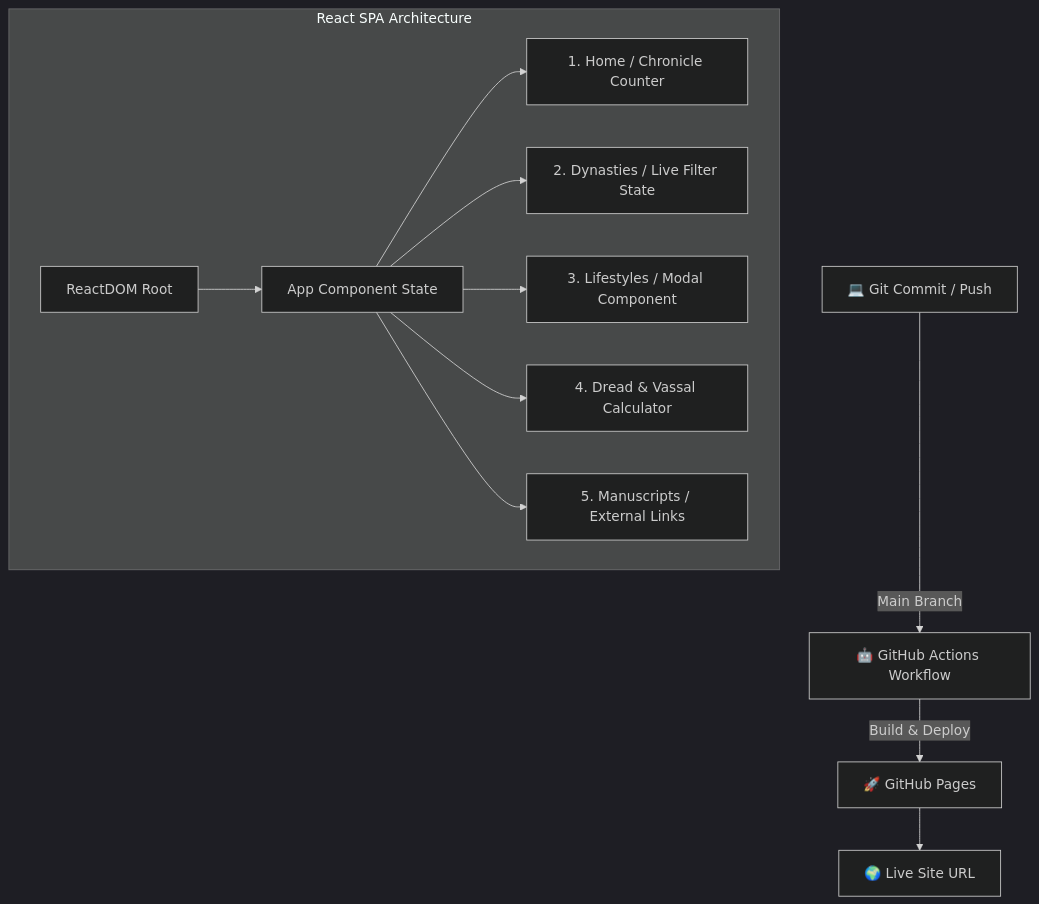
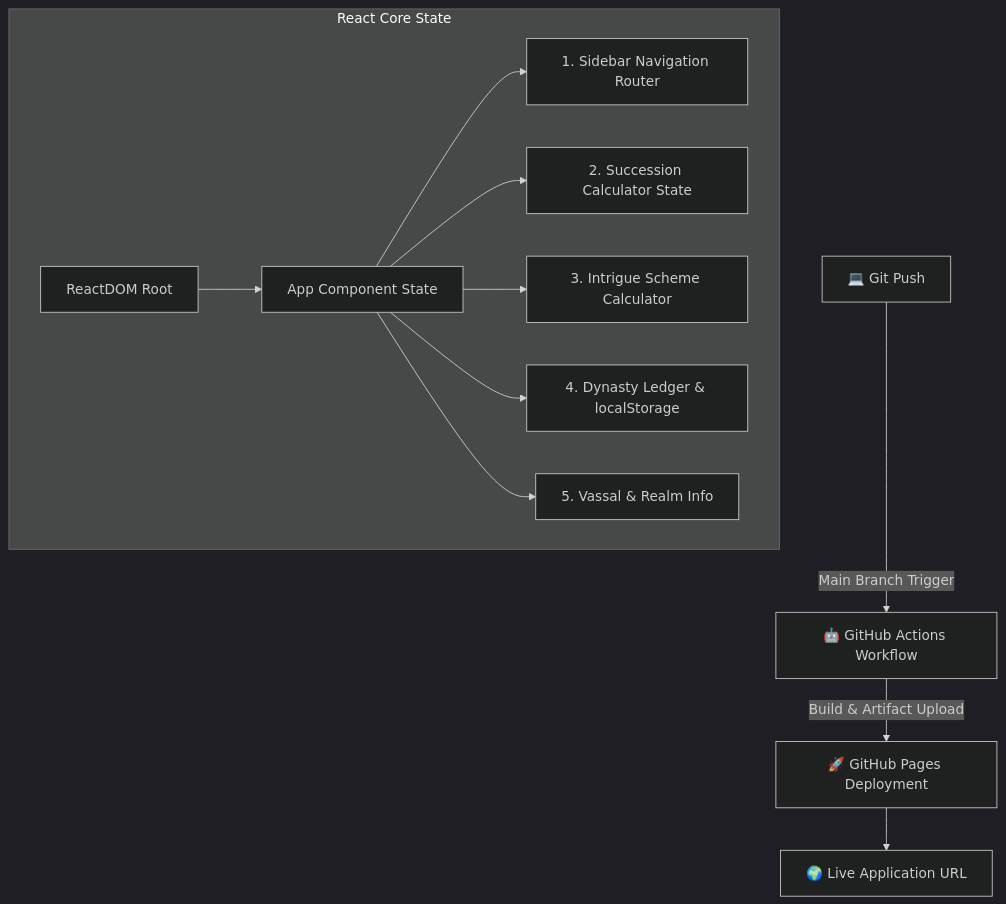
One commit to Belka9823/eu4-indie-JS- changed the diagram in README.md. Above: the diagram before and after it, drawn with Mermaid (dark theme). The commit also changed other lines of this file and 3 other files, not shown here.

````diff
--- a/README.md
+++ b/README.md
@@ -40,15 +41,15 @@
 ```mermaid
 graph TD
-    A[💻 Git Commit / Push] -->|Main Branch| B[🤖 GitHub Actions Workflow]
-    B -->|Build & Deploy| C[🚀 GitHub Pages]
-    C --> D[🌍 Live Site URL]
+    A[💻 Git Push] -->|Main Branch Trigger| B[🤖 GitHub Actions Workflow]
+    B -->|Build & Artifact Upload| C[🚀 GitHub Pages Deployment]
+    C --> D[🌍 Live Application URL]
 
-    subgraph React Core [React SPA Architecture]
+    subgraph React SPA Architecture [React Core State]
         E[ReactDOM Root] --> F[App Component State]
-        F --> G[1. Home / Chronicle Counter]
-        F --> H[2. Dynasties / Live Filter State]
-        F --> I[3. Lifestyles / Modal Component]
-        F --> J[4. Dread & Vassal Calculator]
-        F --> K[5. Manuscripts / External Links]
+        F --> G[1. Sidebar Navigation Router]
+        F --> H[2. Succession Calculator State]
+        F --> I[3. Intrigue Scheme Calculator]
+        F --> J[4. Dynasty Ledger & localStorage]
+        F --> K[5. Vassal & Realm Info]
     end
 ```
````
